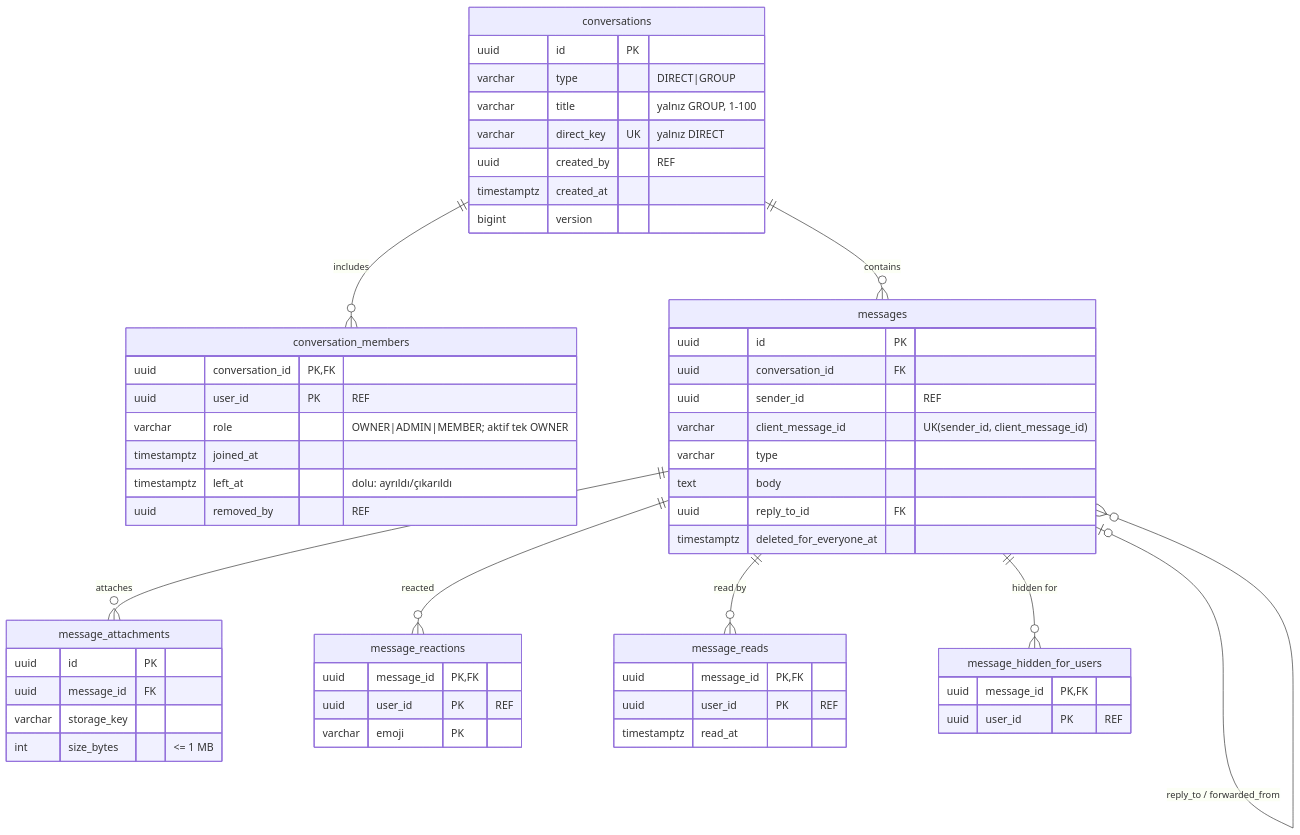
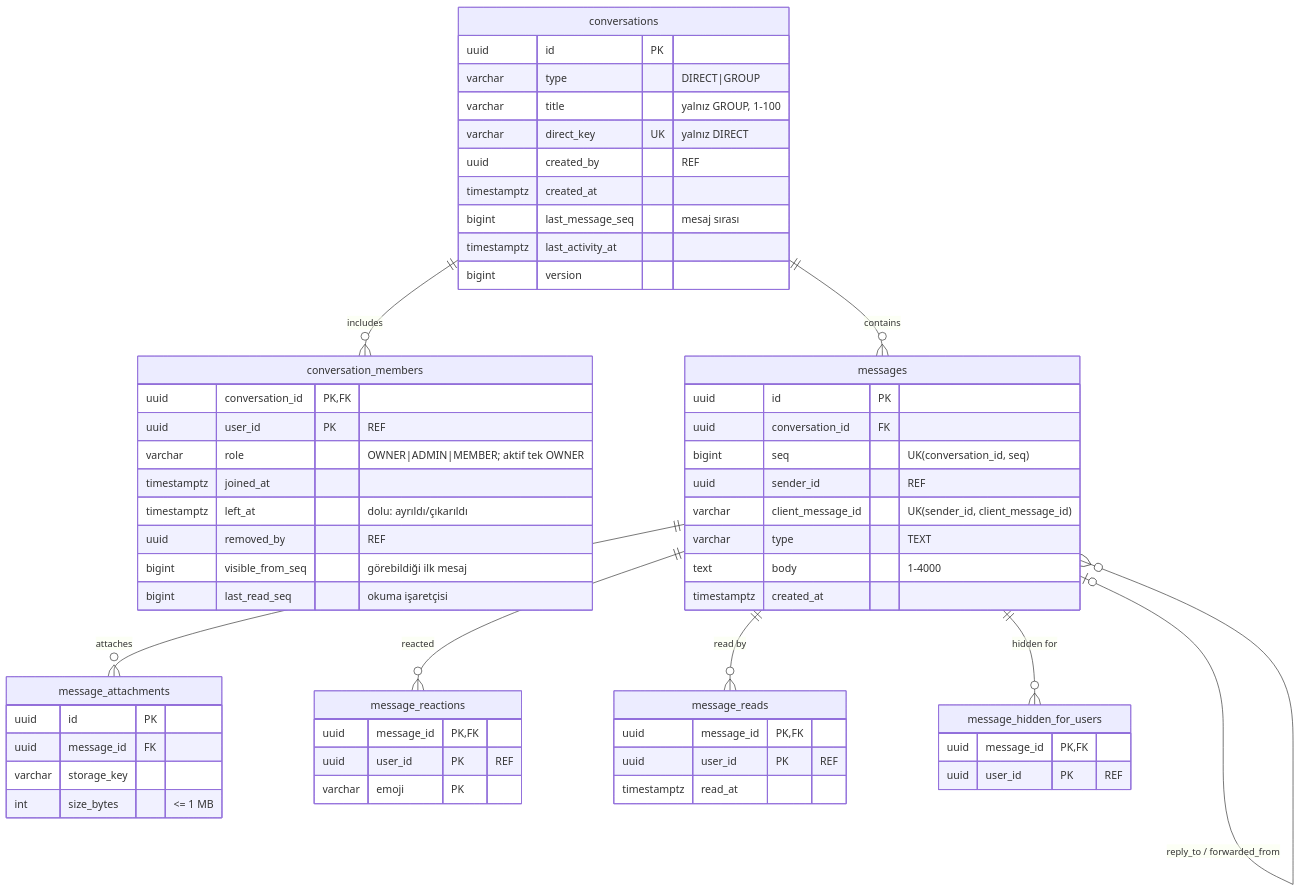
Before and after one commit to alperrte/lobbytwozero: diagram 12 of 29 in docs/er-diagram.md, drawn with Mermaid. The commit also changed 67 other files, not shown here.

````diff
--- a/docs/er-diagram.md
+++ b/docs/er-diagram.md
@@ -634,58 +634,62 @@
 ```mermaid
 erDiagram
   conversations ||--o{ conversation_members : includes
   conversations ||--o{ messages : contains
   messages ||--o{ message_attachments : attaches
   messages ||--o{ message_reactions : reacted
   messages ||--o{ message_reads : "read by"
   messages ||--o{ message_hidden_for_users : "hidden for"
   messages |o--o{ messages : "reply_to / forwarded_from"
 
   conversations {
     uuid id PK
     varchar type "DIRECT|GROUP"
     varchar title "yalnız GROUP, 1-100"
     varchar direct_key UK "yalnız DIRECT"
     uuid created_by "REF"
     timestamptz created_at
+    bigint last_message_seq "mesaj sırası"
+    timestamptz last_activity_at
     bigint version
   }
   conversation_members {
     uuid conversation_id PK,FK
     uuid user_id PK "REF"
     varchar role "OWNER|ADMIN|MEMBER; aktif tek OWNER"
     timestamptz joined_at
     timestamptz left_at "dolu: ayrıldı/çıkarıldı"
     uuid removed_by "REF"
+    bigint visible_from_seq "görebildiği ilk mesaj"
+    bigint last_read_seq "okuma işaretçisi"
   }
   messages {
     uuid id PK
     uuid conversation_id FK
+    bigint seq "UK(conversation_id, seq)"
     uuid sender_id "REF"
     varchar client_message_id "UK(sender_id, client_message_id)"
-    varchar type
-    text body
-    uuid reply_to_id FK
-    timestamptz deleted_for_everyone_at
+    varchar type "TEXT"
+    text body "1-4000"
+    timestamptz created_at
   }
   message_attachments {
     uuid id PK
     uuid message_id FK
     varchar storage_key
     int size_bytes "<= 1 MB"
   }
   message_reactions {
     uuid message_id PK,FK
     uuid user_id PK "REF"
     varchar emoji PK
   }
   message_reads {
     uuid message_id PK,FK
     uuid user_id PK "REF"
     timestamptz read_at
   }
   message_hidden_for_users {
     uuid message_id PK,FK
     uuid user_id PK "REF"
   }
 ```
````
